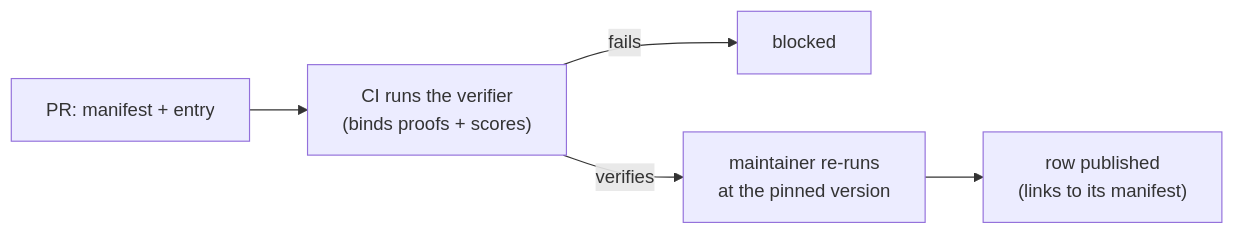
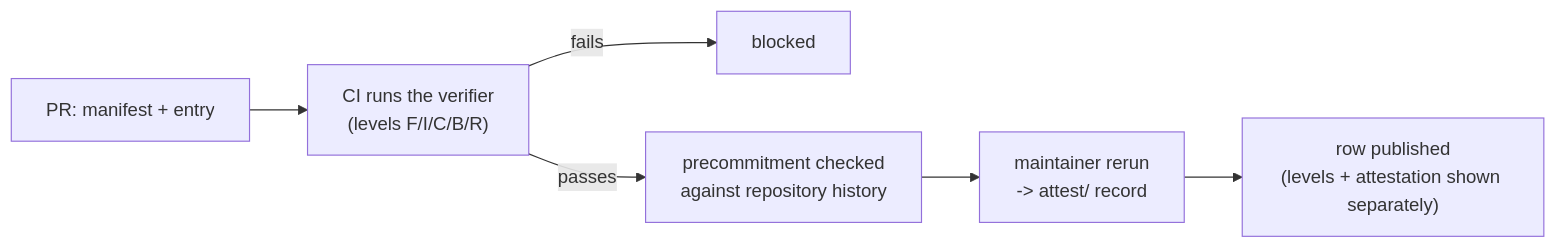
Before and after one commit to VatsSShah/assay: the fourth of 4 diagrams in README.md, drawn with Mermaid. The commit also changed other lines of this file and 115 other files, not shown here.

````diff
--- a/README.md
+++ b/README.md
@@ -145,7 +196,8 @@
 ```mermaid
 flowchart LR
-  S["PR: manifest + entry"] --> C["CI runs the verifier<br/>(binds proofs + scores)"]
+  S["PR: manifest + entry"] --> C["CI runs the verifier<br/>(levels F/I/C/B/R)"]
   C -- "fails" --> X["blocked"]
-  C -- "verifies" --> M["maintainer re-runs<br/>at the pinned version"]
-  M --> R["row published<br/>(links to its manifest)"]
+  C -- "passes" --> P["precommitment checked<br/>against repository history"]
+  P --> M["maintainer rerun<br/>-> attest/ record"]
+  M --> R["row published<br/>(levels + attestation shown separately)"]
 ```
````
